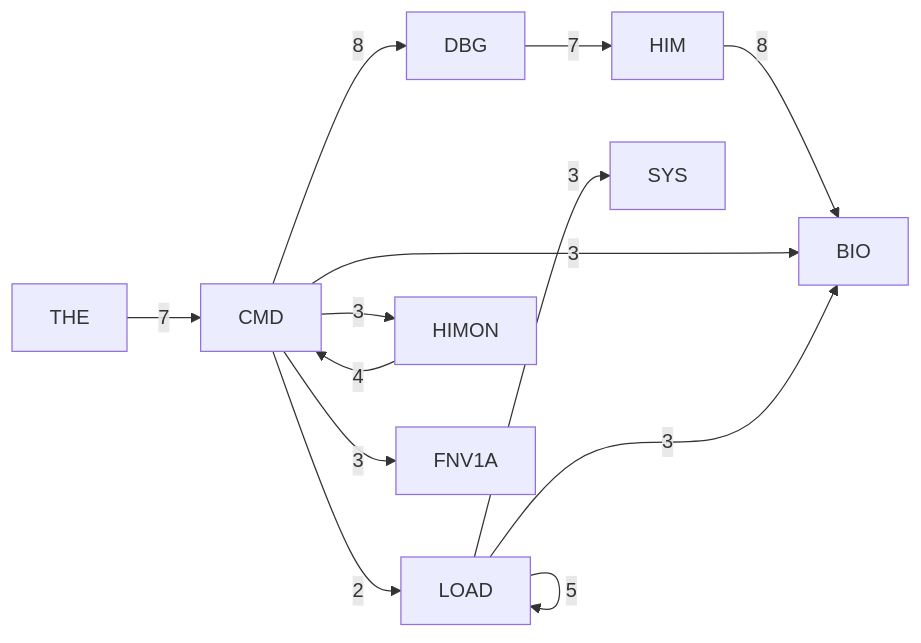
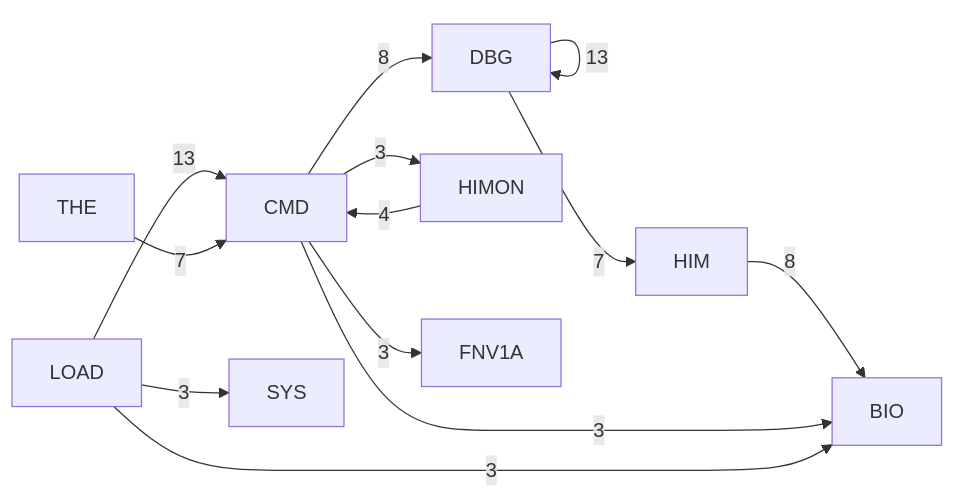
One commit to 95westus/R-YORS changed the third of 6 diagrams in DOC/GENERATED/HIMON_SUPPORT_MAP.md. Above: the diagram before and after it, drawn with Mermaid. The commit also changed other lines of this file and 65 other files, not shown here.

````diff
--- a/DOC/GENERATED/HIMON_SUPPORT_MAP.md
+++ b/DOC/GENERATED/HIMON_SUPPORT_MAP.md
@@ -45,15 +45,15 @@
 ```mermaid
 flowchart LR
+    P_DBG[DBG] -->|13| P_DBG[DBG]
+    P_LOAD[LOAD] -->|13| P_CMD[CMD]
     P_CMD[CMD] -->|8| P_DBG[DBG]
     P_HIM[HIM] -->|8| P_BIO[BIO]
     P_DBG[DBG] -->|7| P_HIM[HIM]
     P_THE[THE] -->|7| P_CMD[CMD]
-    P_LOAD[LOAD] -->|5| P_LOAD[LOAD]
     P_HIMON[HIMON] -->|4| P_CMD[CMD]
     P_CMD[CMD] -->|3| P_BIO[BIO]
     P_CMD[CMD] -->|3| P_FNV1A[FNV1A]
     P_CMD[CMD] -->|3| P_HIMON[HIMON]
     P_LOAD[LOAD] -->|3| P_BIO[BIO]
     P_LOAD[LOAD] -->|3| P_SYS[SYS]
-    P_CMD[CMD] -->|2| P_LOAD[LOAD]
 ```
````
